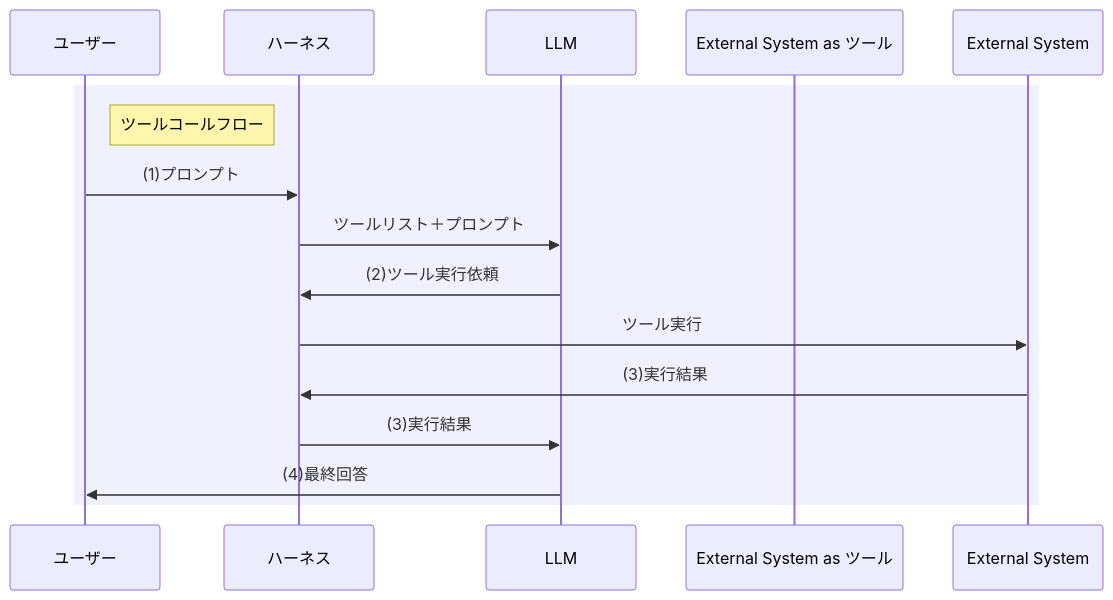
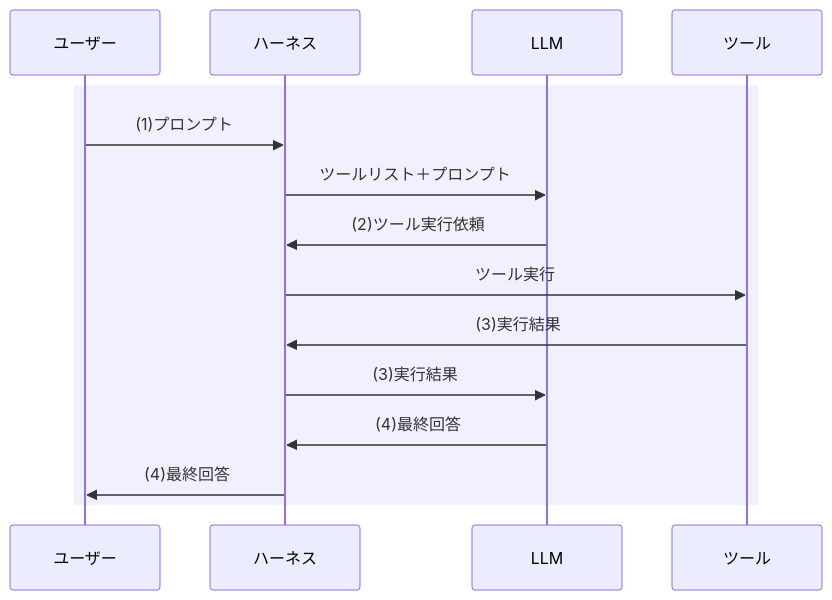
One commit to 7shi/zenn changed the second of 2 diagrams in articles/20260310-llm-harness.md. Above: the diagram before and after it, drawn with Mermaid. The commit also changed other lines of this file, not shown here.

Commit message:
ツールコールの説明で手動と対比し、シーケンス図を追加

````diff
--- a/articles/20260310-llm-harness.md
+++ b/articles/20260310-llm-harness.md
@@ -75,18 +100,18 @@
 ```mermaid
 sequenceDiagram
     participant User as ユーザー
-    participant Middleware as ハーネス
+    participant Harness as ハーネス
     participant LLM
-    participant External System as ツール
+    participant Tool as ツール
     
     rect rgb(240, 240, 255)
-    note right of User: ツールコールフロー
-    User->>Middleware: (1)プロンプト
-    Middleware->>LLM: ツールリスト＋プロンプト
-    LLM->>Middleware: (2)ツール実行依頼
-    Middleware->>External System: ツール実行
-    External System->>Middleware: (3)実行結果
-    Middleware->>LLM: (3)実行結果
-    LLM->>User: (4)最終回答
+    User->>Harness: (1)プロンプト
+    Harness->>LLM: ツールリスト＋プロンプト
+    LLM->>Harness: (2)ツール実行依頼
+    Harness->>Tool: ツール実行
+    Tool->>Harness: (3)実行結果
+    Harness->>LLM: (3)実行結果
+    LLM->>Harness: (4)最終回答
+    Harness->>User: (4)最終回答
     end
 ```
````
